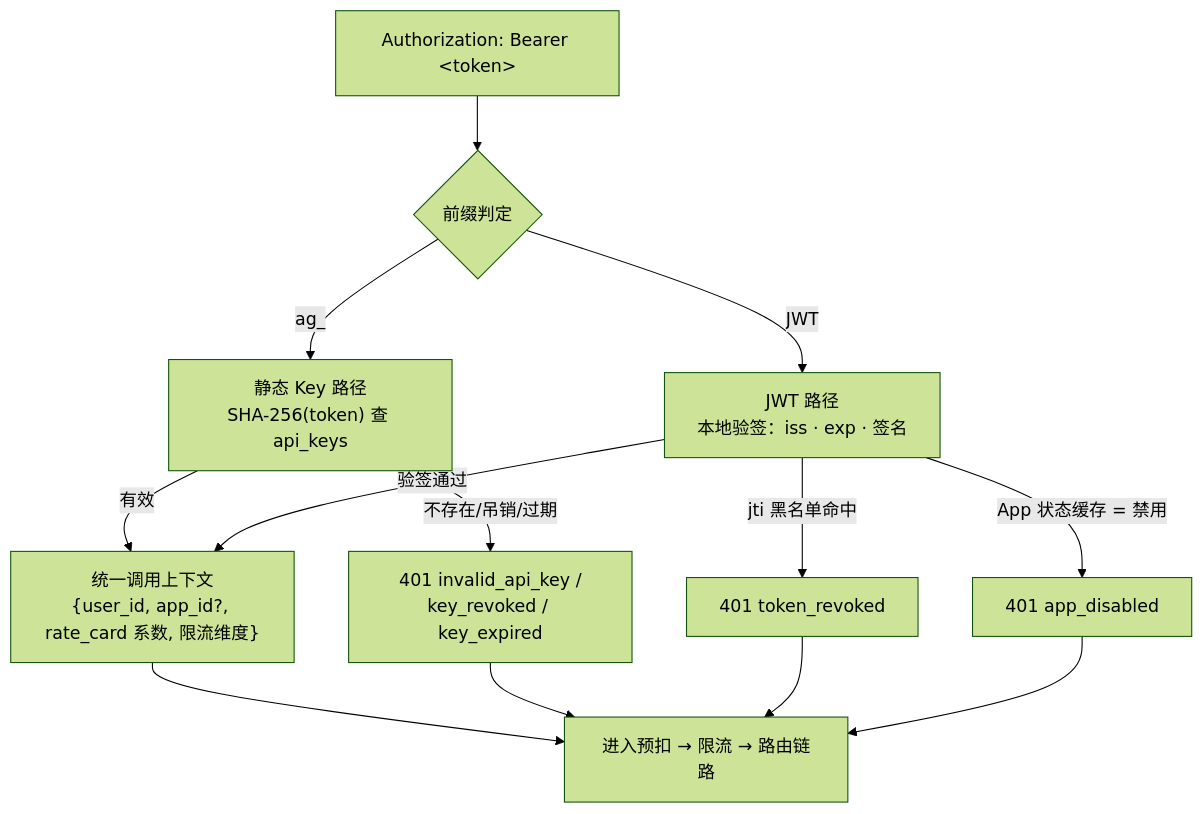
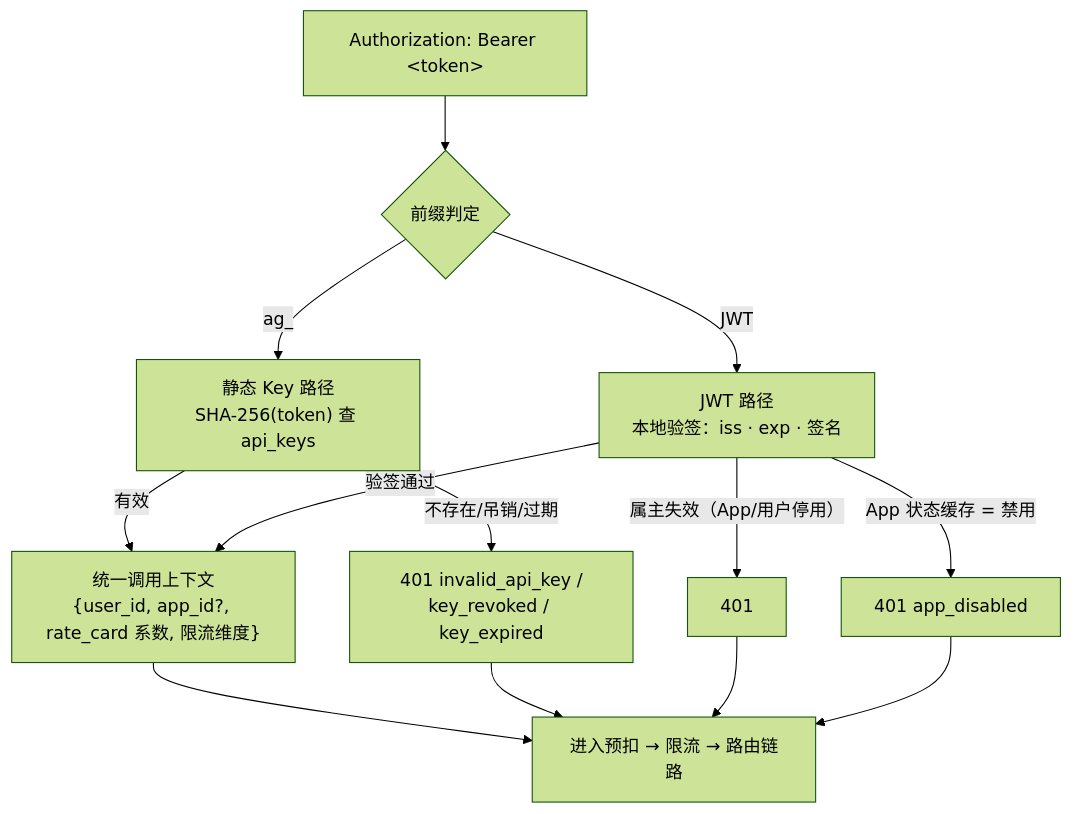
One commit to renxqoo/Tillgate changed the fourth of 8 diagrams in docs/architecture.md. Above: the diagram before and after it, drawn with Mermaid (forest theme). The commit also changed other lines of this file and 13 other files, not shown here.

````diff
--- a/docs/architecture.md
+++ b/docs/architecture.md
@@ -156,18 +167,18 @@
 ```mermaid
 flowchart TD
     REQ["Authorization: Bearer &lt;token&gt;"] --> P{"前缀判定"}
 
     P -->|"ag_"| KEY["静态 Key 路径<br/>SHA-256(token) 查 api_keys"]
     KEY -->|"不存在/吊销/过期"| E1["401 invalid_api_key /<br/>key_revoked / key_expired"]
     KEY -->|"有效"| CTX
 
     P -->|"JWT"| JWT["JWT 路径<br/>本地验签：iss · exp · 签名"]
-    JWT -->|"jti 黑名单命中"| E2["401 token_revoked"]
+    JWT -->|"属主失效（App/用户停用）"| E2["401"]
     JWT -->|"App 状态缓存 = 禁用"| E3["401 app_disabled"]
     JWT -->|"验签通过"| CTX
 
     CTX["统一调用上下文<br/>{user_id, app_id?, rate_card 系数, 限流维度}"] --> N["进入预扣 → 限流 → 路由链路"]
     E1 --> N
     E2 --> N
     E3 --> N
 ```
````
